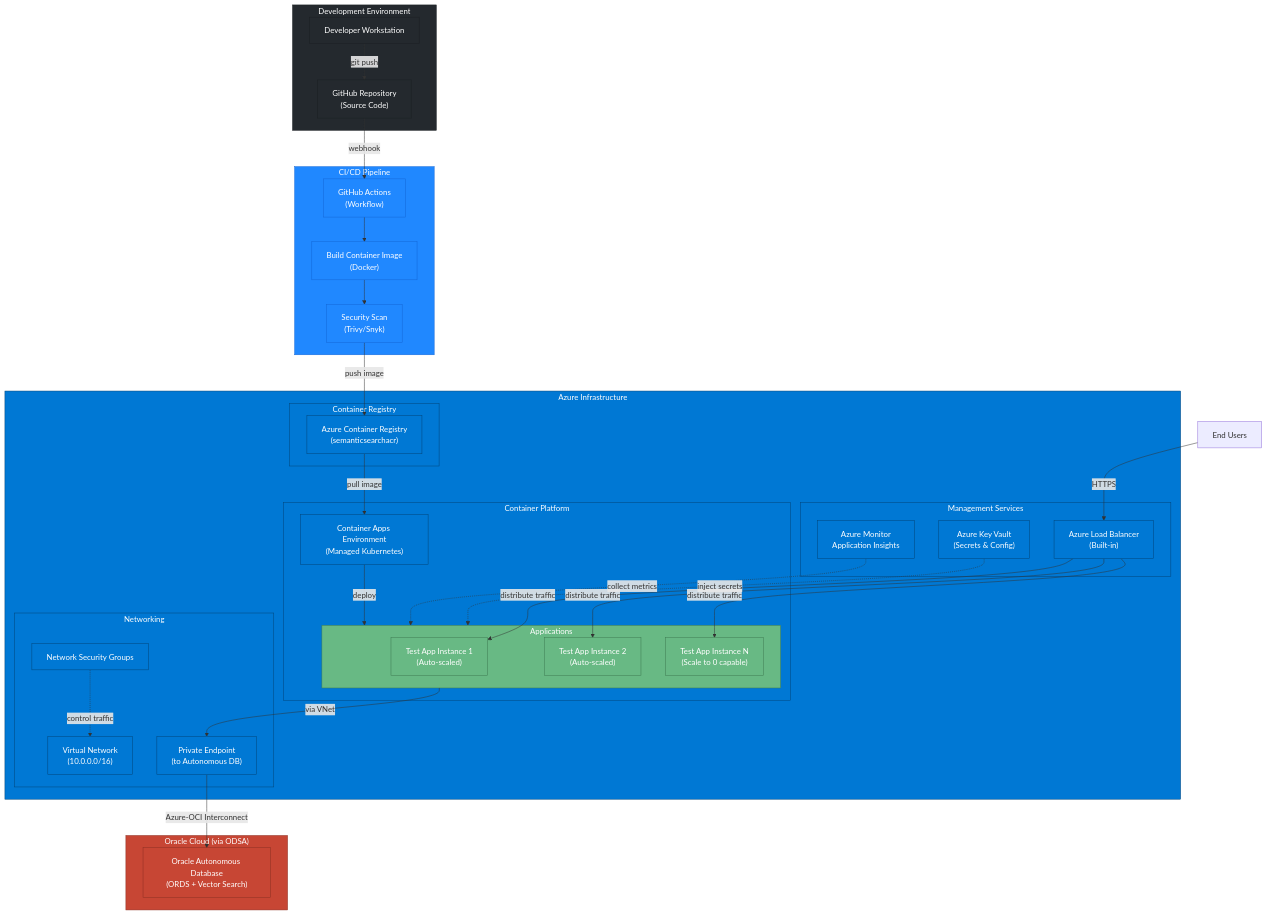
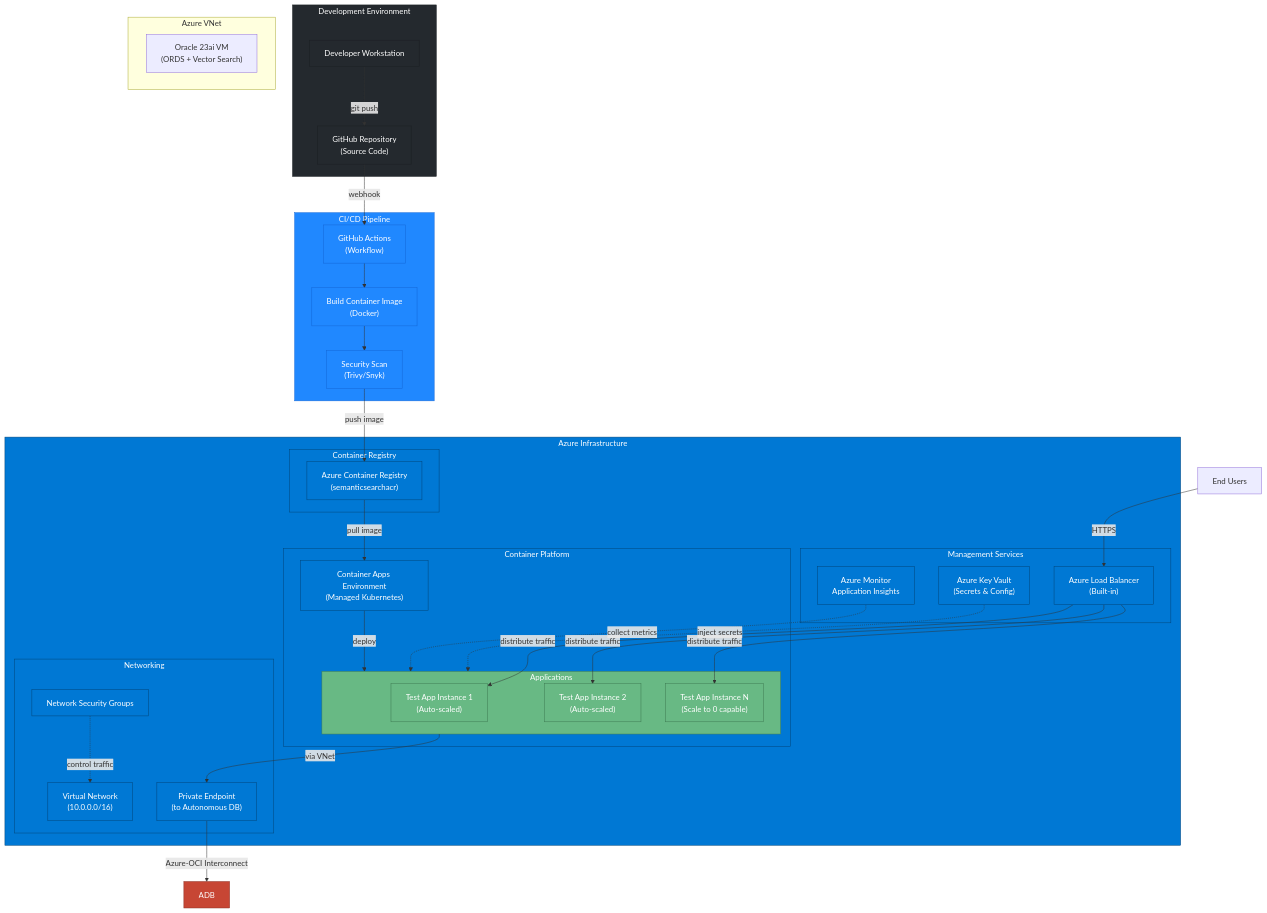
The fifth of 6 diagrams in docs/Project Architecture.md (psreek-ai/SiebelCRMSemanticSearch), drawn with Mermaid before and after one commit. The commit also changed other lines of this file and 13 other files, not shown here.

````diff
--- a/docs/Project Architecture.md
+++ b/docs/Project Architecture.md
@@ -498,81 +514,81 @@
 ```mermaid
 graph TB
     subgraph DevEnv["Development Environment"]
         Developer["Developer Workstation"]
         GitHub["GitHub Repository<br/>(Source Code)"]
     end
     
     subgraph CICD["CI/CD Pipeline"]
         GitHubActions["GitHub Actions<br/>(Workflow)"]
         BuildStep["Build Container Image<br/>(Docker)"]
         SecurityScan["Security Scan<br/>(Trivy/Snyk)"]
     end
     
     subgraph AzureInfra["Azure Infrastructure"]
         subgraph Registry["Container Registry"]
             ACR["Azure Container Registry<br/>(semanticsearchacr)"]
         end
         
         subgraph ContainerPlatform["Container Platform"]
             ContainerEnv["Container Apps Environment<br/>(Managed Kubernetes)"]
             
             subgraph Apps["Applications"]
                 TestApp1["Test App Instance 1<br/>(Auto-scaled)"]
                 TestApp2["Test App Instance 2<br/>(Auto-scaled)"]
                 TestApp3["Test App Instance N<br/>(Scale to 0 capable)"]
             end
         end
         
         subgraph Management["Management Services"]
             Monitor["Azure Monitor<br/>Application Insights"]
             KeyVault["Azure Key Vault<br/>(Secrets & Config)"]
             LoadBalancer["Azure Load Balancer<br/>(Built-in)"]
         end
         
         subgraph Network["Networking"]
             VNet["Virtual Network<br/>(10.0.0.0/16)"]
             NSG["Network Security Groups"]
             PrivateEndpoint["Private Endpoint<br/>(to Autonomous DB)"]
         end
     end
     
-    subgraph OCI["Oracle Cloud (via ODSA)"]
-        ADB["Oracle Autonomous Database<br/>(ORDS + Vector Search)"]
+    subgraph AzureDB["Azure VNet"]
+        VectorVM["Oracle 23ai VM<br/>(ORDS + Vector Search)"]
     end
     
     Developer -->|git push| GitHub
     GitHub -->|webhook| GitHubActions
     
     GitHubActions --> BuildStep
     BuildStep --> SecurityScan
     SecurityScan -->|push image| ACR
     
     ACR -->|pull image| ContainerEnv
     ContainerEnv -->|deploy| Apps
     
     KeyVault -.->|inject secrets| Apps
     Monitor -.->|collect metrics| Apps
     
     LoadBalancer -->|distribute traffic| TestApp1
     LoadBalancer -->|distribute traffic| TestApp2
     LoadBalancer -->|distribute traffic| TestApp3
     
     Apps -->|via VNet| PrivateEndpoint
     PrivateEndpoint -->|Azure-OCI Interconnect| ADB
     
     NSG -.->|control traffic| VNet
     
     Users["End Users"] -->|HTTPS| LoadBalancer
     
     classDef dev fill:#24292E,stroke:#1B1F23,color:#fff
     classDef cicd fill:#2088FF,stroke:#1366D6,color:#fff
     classDef azure fill:#0078D4,stroke:#004578,color:#fff
     classDef oci fill:#C74634,stroke:#8B2F23,color:#fff
     classDef app fill:#68B984,stroke:#3D7A52,color:#fff
     
     class DevEnv,Developer,GitHub dev
     class CICD,GitHubActions,BuildStep,SecurityScan cicd
     class AzureInfra,Registry,ContainerPlatform,Management,Network,ACR,ContainerEnv,Monitor,KeyVault,LoadBalancer,VNet,NSG,PrivateEndpoint azure
     class OCI,ADB oci
     class Apps,TestApp1,TestApp2,TestApp3 app
 ```
````
